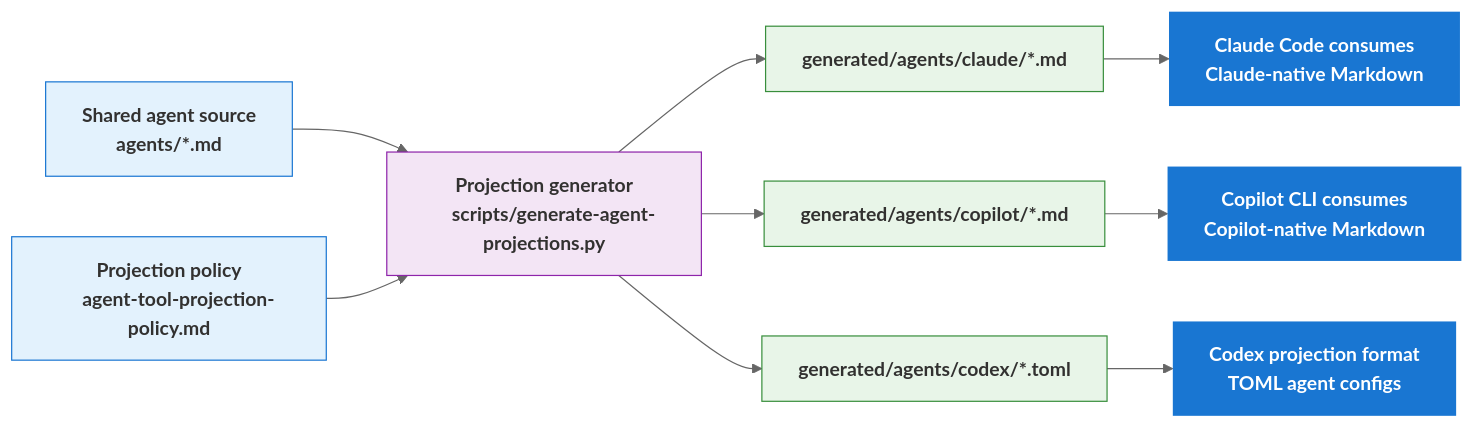
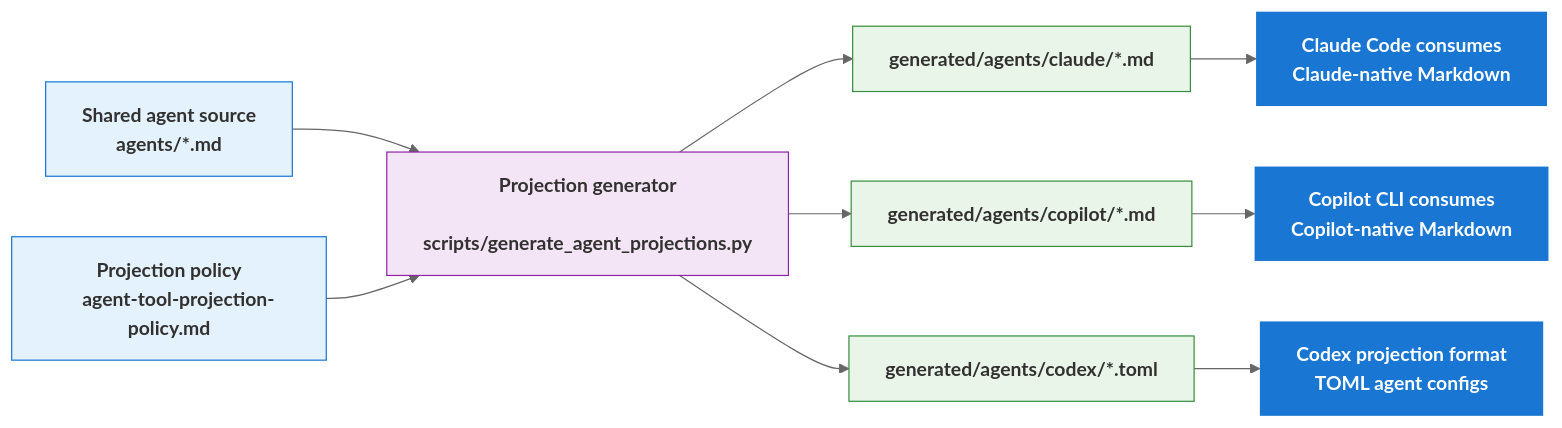
One commit to russell-laing/al-dev-shared changed the fourth of 6 diagrams in docs/projection-layer-readme.md. Above: the diagram before and after it, drawn with Mermaid (neutral theme). The commit also changed other lines of this file and 16 other files, not shown here.

Commit message:
refactor: align regenerate agent projections skill rename

````diff
--- a/docs/projection-layer-readme.md
+++ b/docs/projection-layer-readme.md
@@ -452,37 +452,37 @@
 ```mermaid
 flowchart LR
     %% Nodes
     Shared["Shared agent source
     agents/*.md"] --> Generator["Projection generator
-    scripts/generate-agent-projections.py"]
+    scripts/generate_agent_projections.py"]
     Policy["Projection policy
     agent-tool-projection-policy.md"] --> Generator
 
     Generator --> Claude["generated/agents/claude/*.md"]
     Generator --> Copilot["generated/agents/copilot/*.md"]
     Generator --> Codex["generated/agents/codex/*.toml"]
 
     Claude --> ClaudeUse["Claude Code consumes
     Claude-native Markdown"]
     Copilot --> CopilotUse["Copilot CLI consumes
     Copilot-native Markdown"]
     Codex --> CodexUse["Codex projection format
     TOML agent configs"]
 
     %% Classes
     classDef input fill:#e3f2fd,stroke:#1976d2,color:#323130,font-weight:bold
     classDef process fill:#f3e5f5,stroke:#8e24aa,color:#323130,font-weight:bold
     classDef output fill:#e8f5e8,stroke:#388e3c,color:#323130,font-weight:bold
     classDef emphasisBlue fill:#1976d2,stroke:none,color:#fff,font-weight:bold
 
     %% Class assignments
     class Shared input
     class Policy input
     class Generator process
     class Claude output
     class Copilot output
     class Codex output
     class ClaudeUse emphasisBlue
     class CopilotUse emphasisBlue
     class CodexUse emphasisBlue
 ```
````
